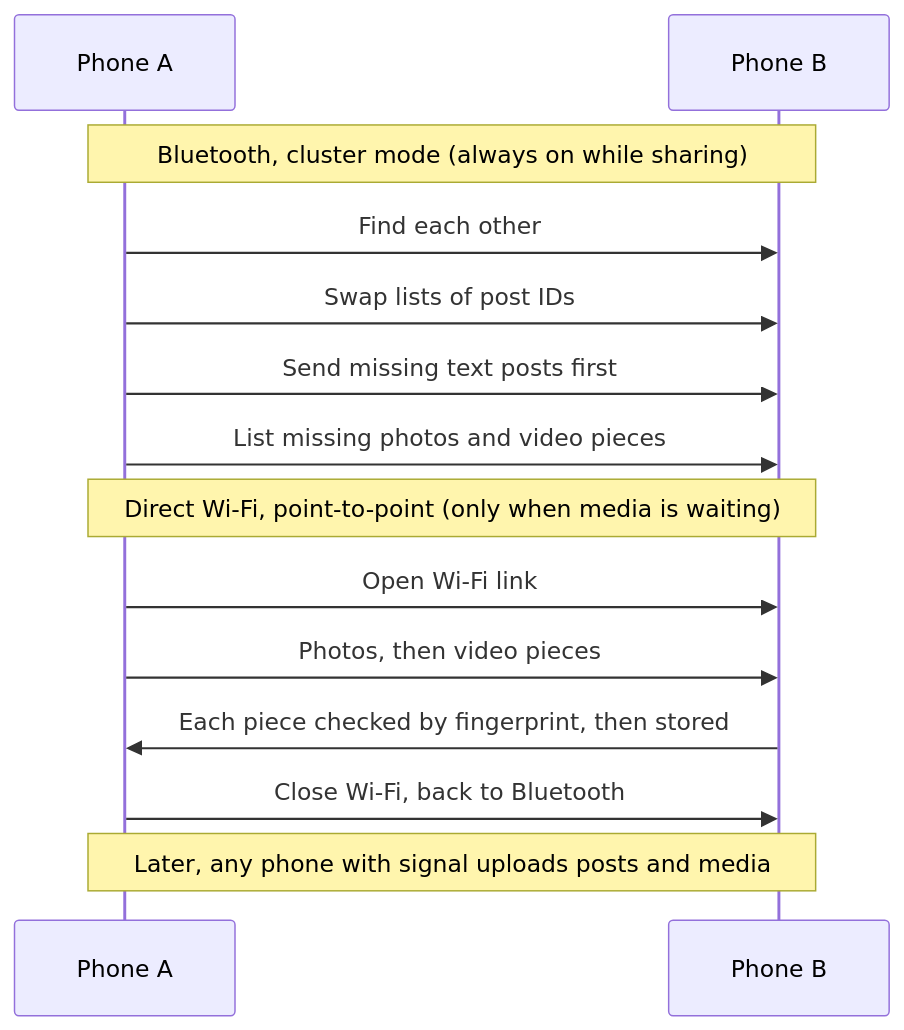
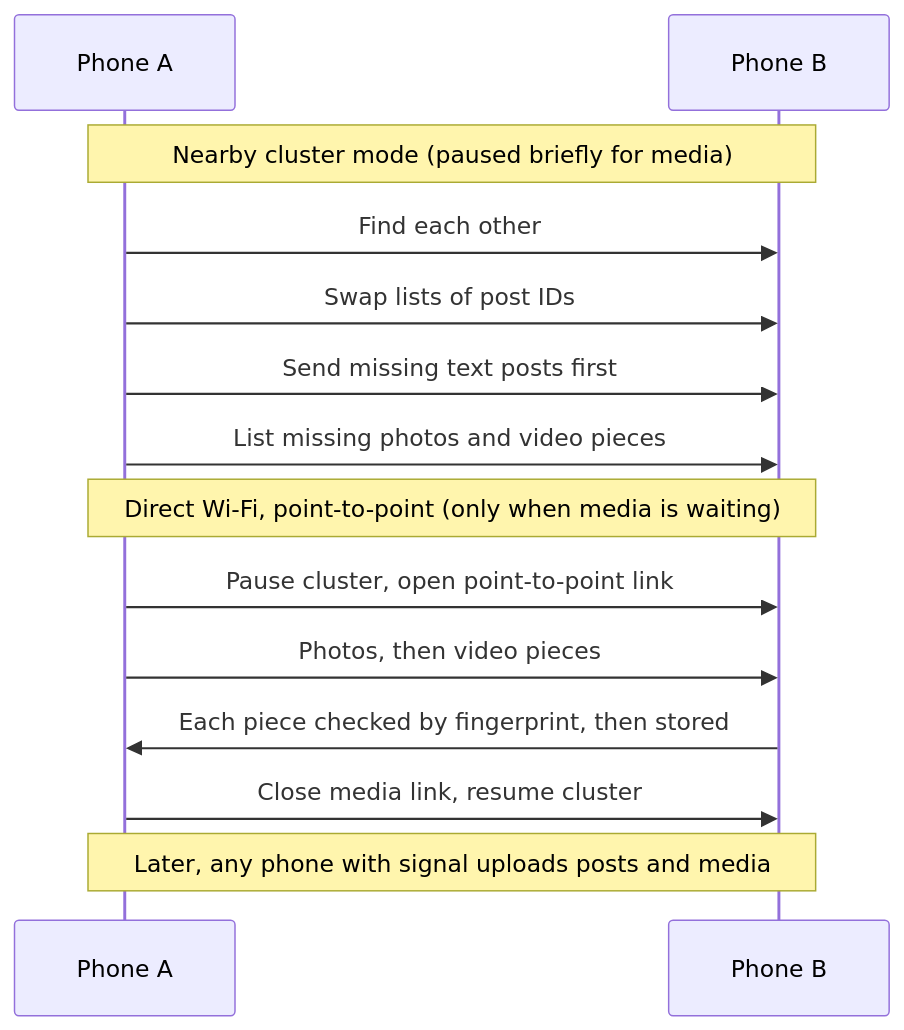
One commit to sourabh69733/crowd-os changed the second of 2 diagrams in docs/freegram/OFFLINE_MEDIA_PLAN.md. Above: the diagram before and after it, drawn with Mermaid. The commit also changed other lines of this file and 5 other files, not shown here.

````diff
--- a/docs/freegram/OFFLINE_MEDIA_PLAN.md
+++ b/docs/freegram/OFFLINE_MEDIA_PLAN.md
@@ -26,16 +26,16 @@
 ```mermaid
 sequenceDiagram
   participant A as Phone A
   participant B as Phone B
-  Note over A,B: Bluetooth, cluster mode (always on while sharing)
+  Note over A,B: Nearby cluster mode (paused briefly for media)
   A->>B: Find each other
   A->>B: Swap lists of post IDs
   A->>B: Send missing text posts first
   A->>B: List missing photos and video pieces
   Note over A,B: Direct Wi-Fi, point-to-point (only when media is waiting)
-  A->>B: Open Wi-Fi link
+  A->>B: Pause cluster, open point-to-point link
   A->>B: Photos, then video pieces
   B->>A: Each piece checked by fingerprint, then stored
-  A->>B: Close Wi-Fi, back to Bluetooth
+  A->>B: Close media link, resume cluster
   Note over A,B: Later, any phone with signal uploads posts and media
 ```
````
